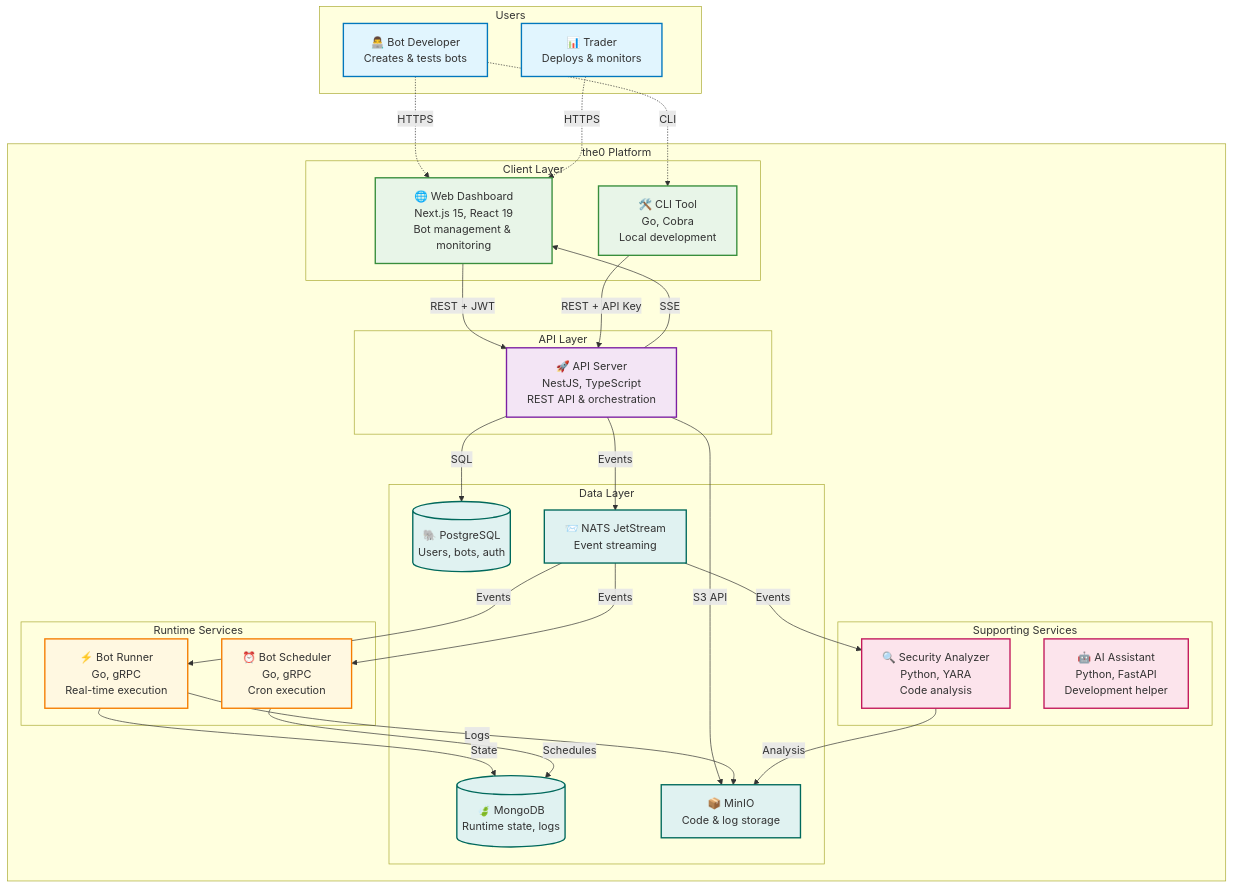
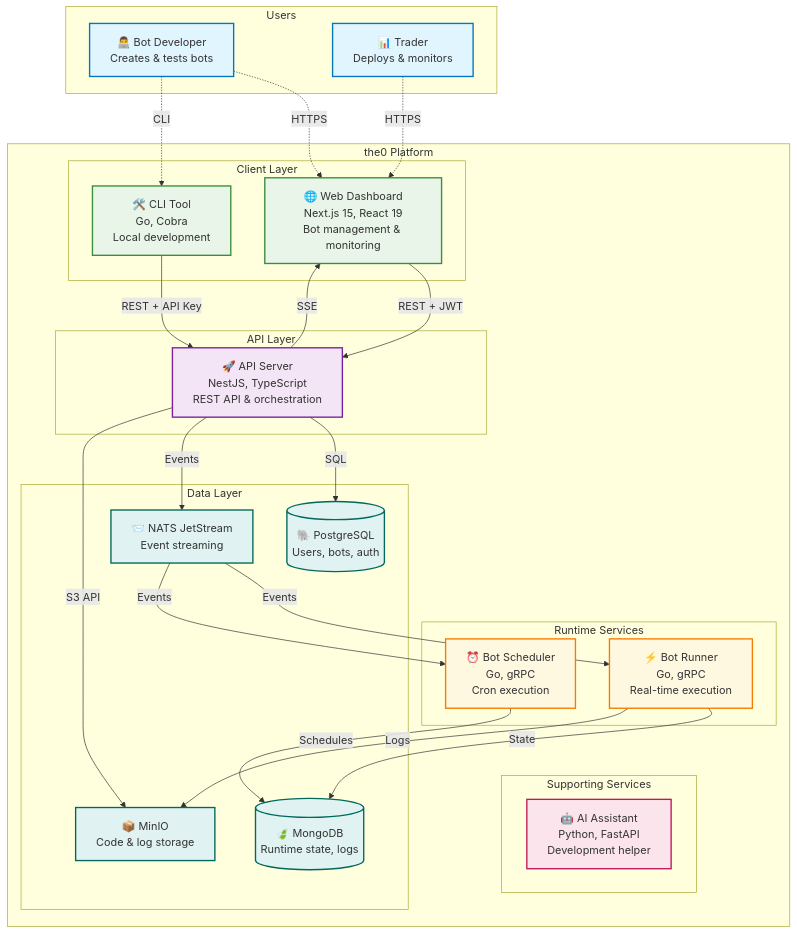
The diagram in README.md (alexanderwanyoike/the0), drawn with Mermaid before and after one commit. The commit also changed other lines of this file and 86 other files, not shown here.

````diff
--- a/README.md
+++ b/README.md
@@ -141,76 +141,73 @@
 ```mermaid
 graph TB
     subgraph "Users"
         DEV[👨‍💻 Bot Developer<br/>Creates & tests bots]
         TRADER[📊 Trader<br/>Deploys & monitors]
     end
     
     subgraph "the0 Platform"
         subgraph "Client Layer"
             WEB[🌐 Web Dashboard<br/>Next.js 15, React 19<br/>Bot management & monitoring]
             CLI[🛠️ CLI Tool<br/>Go, Cobra<br/>Local development]
         end
         
         subgraph "API Layer"
             API[🚀 API Server<br/>NestJS, TypeScript<br/>REST API & orchestration]
         end
         
         subgraph "Runtime Services"
             BR[⚡ Bot Runner<br/>Go, gRPC<br/>Real-time execution]
             BS[⏰ Bot Scheduler<br/>Go, gRPC<br/>Cron execution]
         end
         
         subgraph "Supporting Services"
-            SA[🔍 Security Analyzer<br/>Python, YARA<br/>Code analysis]
             AI[🤖 AI Assistant<br/>Python, FastAPI<br/>Development helper]
         end
         
         subgraph "Data Layer"
             PG[(🐘 PostgreSQL<br/>Users, bots, auth)]
             MONGO[(🍃 MongoDB<br/>Runtime state, logs)]
             NATS[📨 NATS JetStream<br/>Event streaming]
             MINIO[📦 MinIO<br/>Code & log storage]
         end
     end
     
     %% User interactions
     DEV -.->|HTTPS| WEB
     DEV -.->|CLI| CLI
     TRADER -.->|HTTPS| WEB
     
     %% Client to API
     WEB -->|REST + JWT| API
     CLI -->|REST + API Key| API
     API -->|SSE| WEB
     
     %% API to databases
     API -->|SQL| PG
     API -->|Events| NATS
     API -->|S3 API| MINIO
     
     %% Runtime services
     NATS -->|Events| BR
     NATS -->|Events| BS
-    NATS -->|Events| SA
 
     BR -->|State| MONGO
     BS -->|Schedules| MONGO
 
     BR -->|Logs| MINIO
-    SA -->|Analysis| MINIO
     
     %% Styling
     classDef userClass fill:#e1f5fe,stroke:#0277bd,stroke-width:2px
     classDef clientClass fill:#e8f5e8,stroke:#388e3c,stroke-width:2px
     classDef apiClass fill:#f3e5f5,stroke:#7b1fa2,stroke-width:2px
     classDef runtimeClass fill:#fff8e1,stroke:#f57c00,stroke-width:2px
     classDef serviceClass fill:#fce4ec,stroke:#c2185b,stroke-width:2px
     classDef dataClass fill:#e0f2f1,stroke:#00695c,stroke-width:2px
     
     class DEV,TRADER userClass
     class WEB,CLI clientClass
     class API apiClass
     class BR,BS runtimeClass
-    class SA,AI serviceClass
+    class AI serviceClass
     class PG,MONGO,NATS,MINIO dataClass
 ```
````
